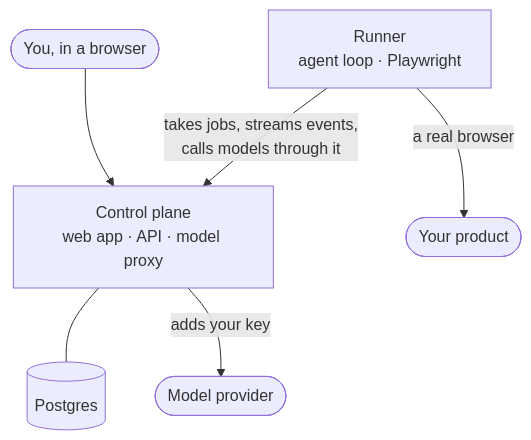
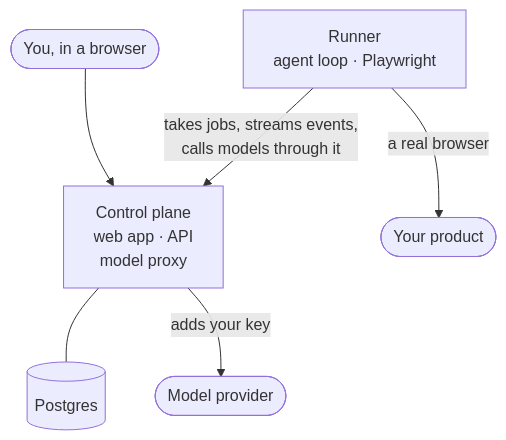
Before and after one commit to usetrawler/trawler: the second of 2 diagrams in README.md, drawn with Mermaid. The commit also changed other lines of this file, not shown here.

Commit message:
docs: the README uses the app's labels exactly, keeps the key export apart, runs npx from the checkout, and gives the diagrams text alternatives

````diff
--- a/README.md
+++ b/README.md
@@ -198,8 +206,10 @@
 ```mermaid
 flowchart TB
-    you(["You, in a browser"]) --> cp["Control plane<br/>web app · API · model proxy"]
+    accTitle: A hosted run
+    accDescr: You use the control plane in a browser. The runner takes jobs from the control plane, streams events back and calls models through it. The control plane adds your key to each model call and keeps everything in Postgres. The runner drives a real browser on your product.
+    you(["You, in a browser"]) --> cp["Control plane<br/>web app · API<br/>model proxy"]
     runner["Runner<br/>agent loop · Playwright"] -- "takes jobs, streams events,<br/>calls models through it" --> cp
     runner -- "a real browser" --> product(["Your product"])
     cp --- db[("Postgres")]
     cp -- "adds your key" --> llm(["Model provider"])
 ```
````
